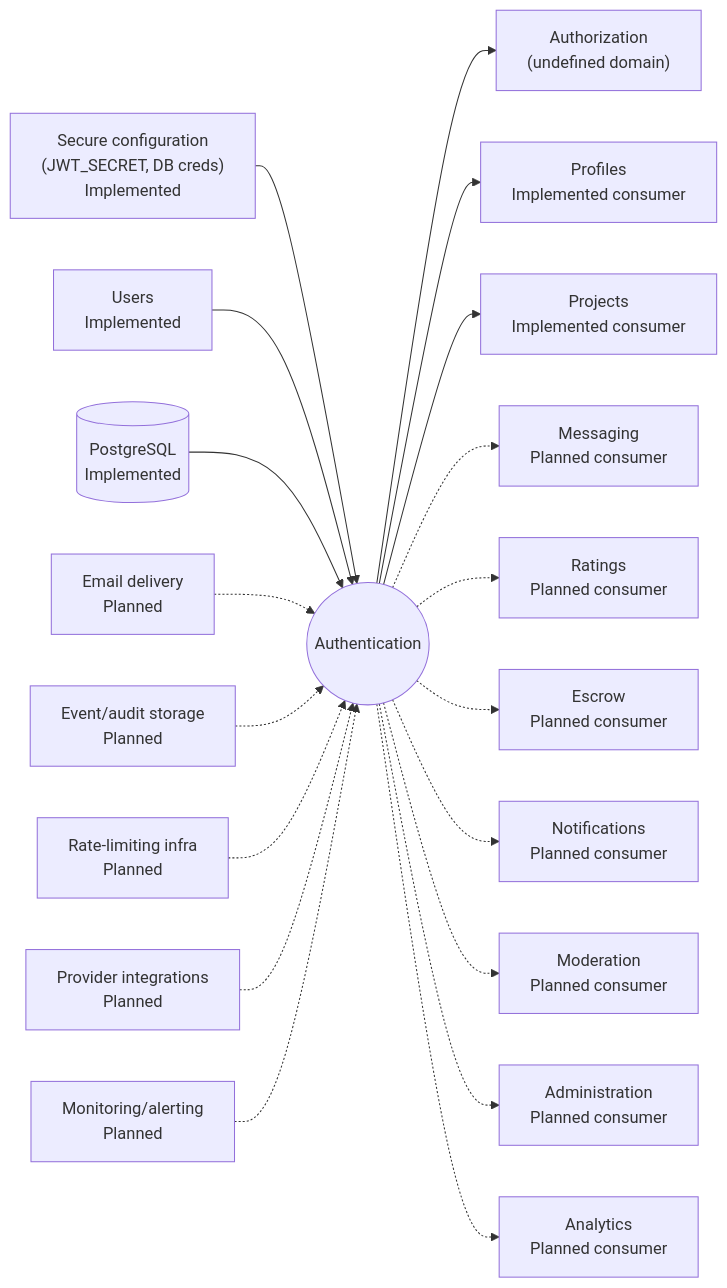
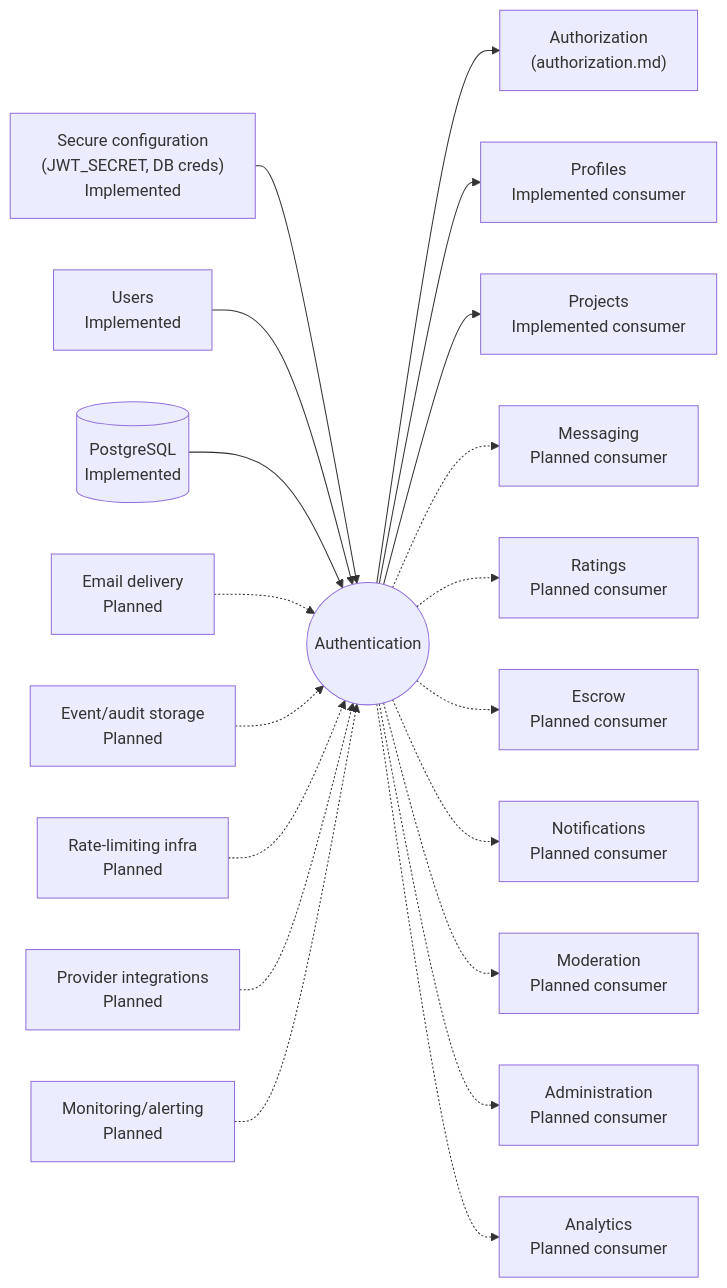
The ninth of 9 diagrams in docs/02-users-roles-permissions/authentication.md (xela-ash/Music_app), drawn with Mermaid before and after one commit. The commit also changed other lines of this file and 3 other files, not shown here.

Commit message:
docs: define authorization architecture and align domain model

````diff
--- a/docs/02-users-roles-permissions/authentication.md
+++ b/docs/02-users-roles-permissions/authentication.md
@@ -827,22 +827,22 @@
 ```mermaid
 flowchart LR
     ENV["Secure configuration<br/>(JWT_SECRET, DB creds)<br/>Implemented"] --> AUTH(("Authentication"))
     USR["Users<br/>Implemented"] --> AUTH
     DB[("PostgreSQL<br/>Implemented")] --> AUTH
     MAIL["Email delivery<br/>Planned"] -.-> AUTH
     AUDIT["Event/audit storage<br/>Planned"] -.-> AUTH
     RATE["Rate-limiting infra<br/>Planned"] -.-> AUTH
     PROV["Provider integrations<br/>Planned"] -.-> AUTH
     MON["Monitoring/alerting<br/>Planned"] -.-> AUTH
 
-    AUTH --> AUTHZ["Authorization<br/>(undefined domain)"]
+    AUTH --> AUTHZ["Authorization<br/>(authorization.md)"]
     AUTH --> PRF["Profiles<br/>Implemented consumer"]
     AUTH --> PRJ["Projects<br/>Implemented consumer"]
     AUTH -.-> MSG["Messaging<br/>Planned consumer"]
     AUTH -.-> RAT["Ratings<br/>Planned consumer"]
     AUTH -.-> ESC["Escrow<br/>Planned consumer"]
     AUTH -.-> NOT["Notifications<br/>Planned consumer"]
     AUTH -.-> MOD["Moderation<br/>Planned consumer"]
     AUTH -.-> ADM["Administration<br/>Planned consumer"]
     AUTH -.-> ANL["Analytics<br/>Planned consumer"]
 ```
````
